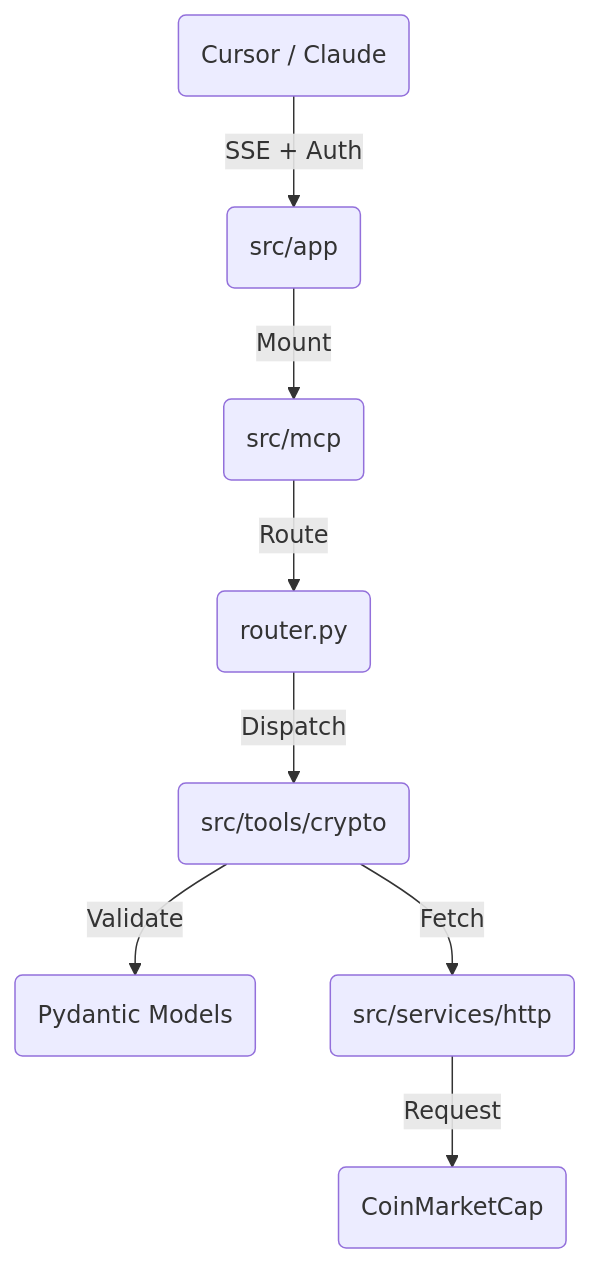
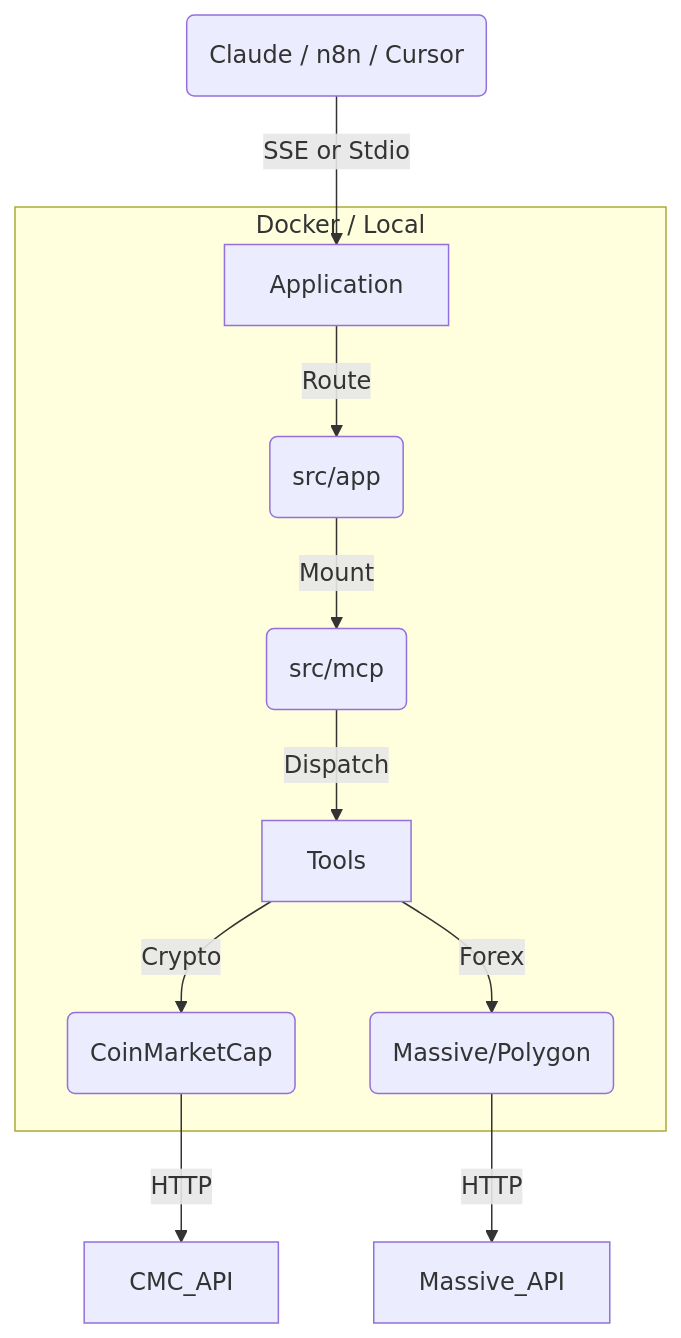
The diagram in README.md (aleeOstovar/FinancialMarketsMCP), drawn with Mermaid before and after one commit. The commit also changed other lines of this file, not shown here.

````diff
--- a/README.md
+++ b/README.md
@@ -51,10 +43,13 @@
 ```mermaid
 graph TD
-    Client(Cursor / Claude) -->|SSE + Auth| FastAPI(src/app)
-    FastAPI -->|Mount| MCP_Core(src/mcp)
-    MCP_Core -->|Route| Router(router.py)
-    Router -->|Dispatch| Tools(src/tools/crypto)
-    Tools -->|Validate| Schemas(Pydantic Models)
-    Tools -->|Fetch| Service(src/services/http)
-    Service -->|Request| CMC_API(CoinMarketCap)
+    Client(Claude / n8n / Cursor) -->|SSE or Stdio| Application
+    subgraph "Docker / Local"
+        Application -->|Route| FastAPI(src/app)
+        FastAPI -->|Mount| MCP_Core(src/mcp)
+        MCP_Core -->|Dispatch| Tools
+        Tools -->|Crypto| ServiceCrypto(CoinMarketCap)
+        Tools -->|Forex| ServiceForex(Massive/Polygon)
+    end
+    ServiceCrypto -->|HTTP| CMC_API
+    ServiceForex -->|HTTP| Massive_API
 ```
````
